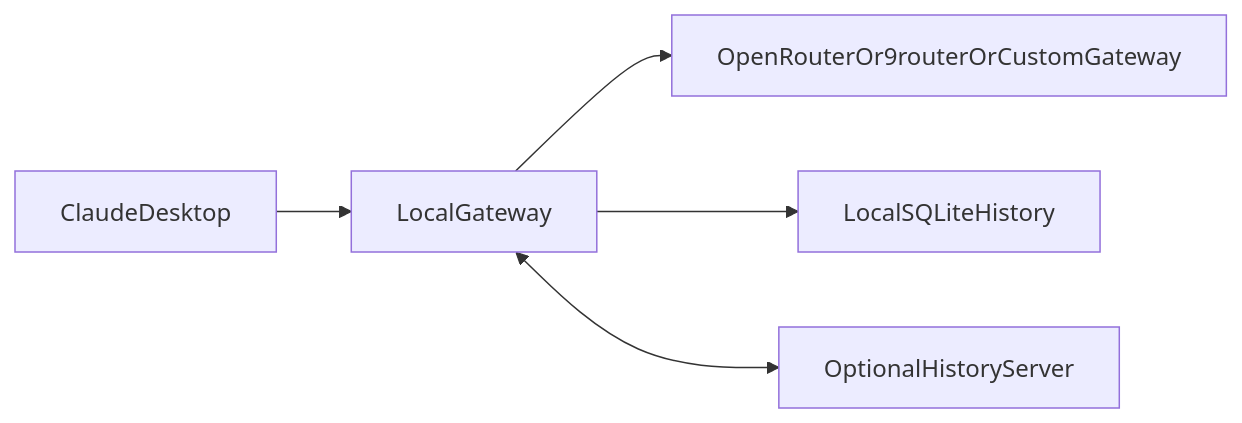
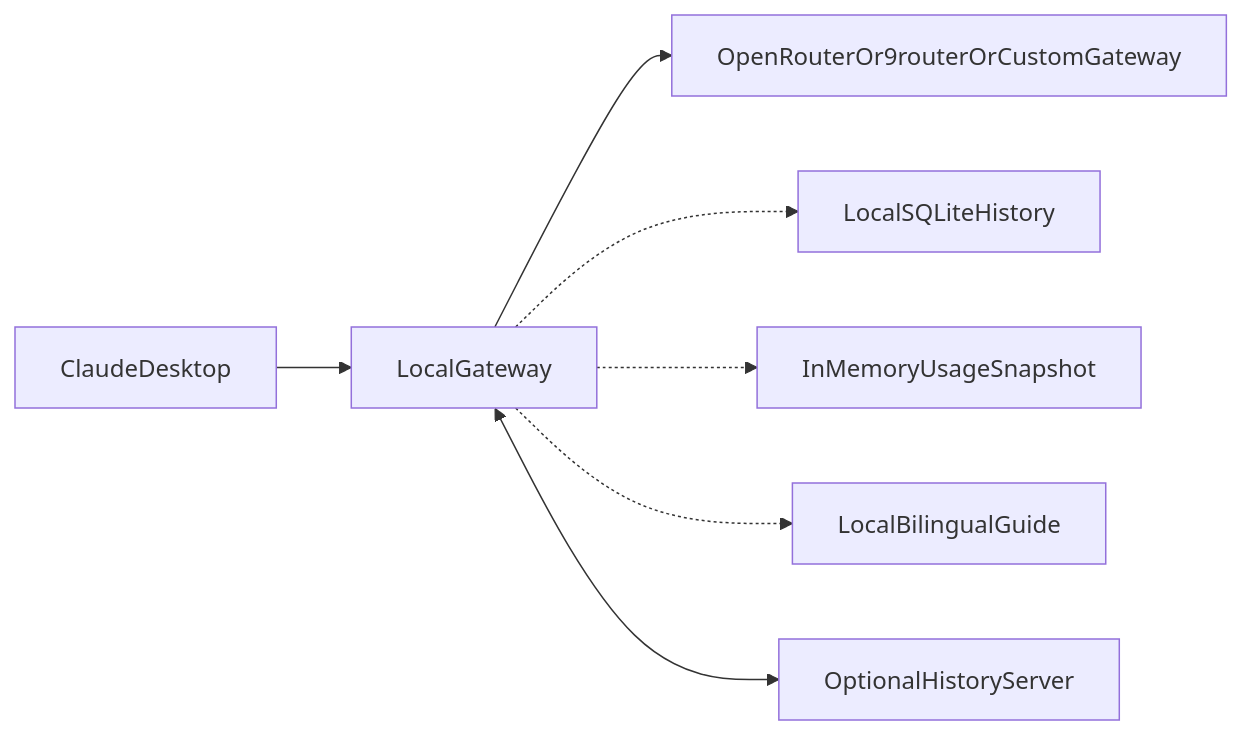
One commit to Danakolana/claude-gateway changed the diagram in docs/ARCHITECTURE.md. Above: the diagram before and after it, drawn with Mermaid. The commit also changed other lines of this file and 20 other files, not shown here.

````diff
--- a/docs/ARCHITECTURE.md
+++ b/docs/ARCHITECTURE.md
@@ -13,7 +14,9 @@
 ```mermaid
 flowchart LR
     client[ClaudeDesktop] --> local[LocalGateway]
     local --> providers[OpenRouterOr9routerOrCustomGateway]
-    local --> history[LocalSQLiteHistory]
+    local -.-> history[LocalSQLiteHistory]
+    local -.-> usage[InMemoryUsageSnapshot]
+    local -.-> guide[LocalBilingualGuide]
     local <--> sync[OptionalHistoryServer]
 ```
````
